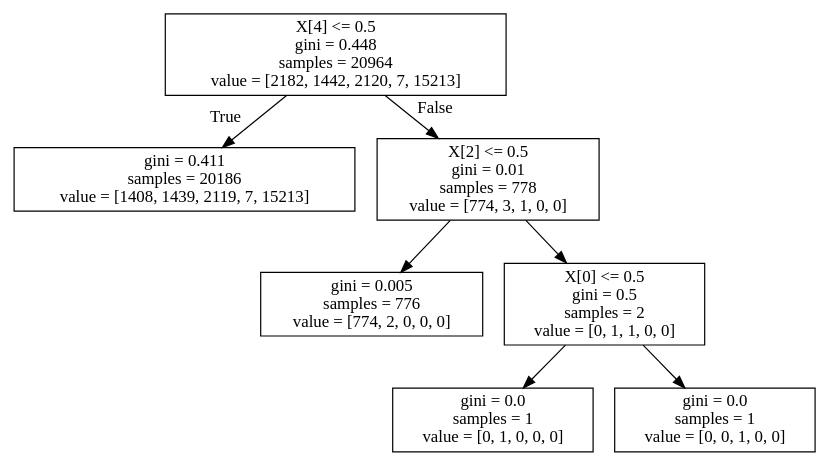
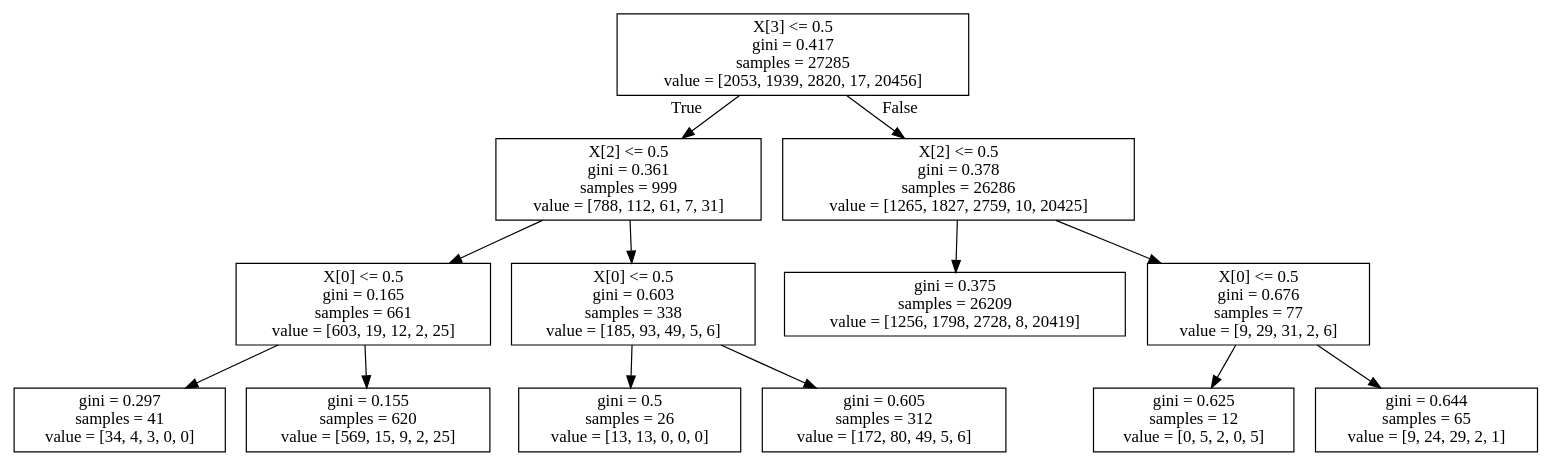
One commit to jesbu1/viper changed the diagram in data/karel/ppo/0000r3+env_task=topOff+max_depth=15+n_batch_rollou=10+max_samples=100000+max_iters=80+train_frac=0.8+is_reweight=False0.750.75/dt_policy.dot. Above: the diagram before and after it, drawn with Graphviz. The commit also changed 17 other files, not shown here.

```diff
--- a/data/karel/ppo/0000r3+env_task=topOff+max_depth=15+n_batch_rollou=10+max_samples=100000+max_iters=80+train_frac=0.8+is_reweight=False0.750.75/dt_policy.dot
+++ b/data/karel/ppo/0000r3+env_task=topOff+max_depth=15+n_batch_rollou=10+max_samples=100000+max_iters=80+train_frac=0.8+is_reweight=False0.750.75/dt_policy.dot
@@ -1,16 +1,28 @@
 digraph Tree {
 node [shape=box] ;
-0 [label="X[4] <= 0.5\ngini = 0.448\nsamples = 20964\nvalue = [2182, 1442, 2120, 7, 15213]"] ;
-1 [label="gini = 0.411\nsamples = 20186\nvalue = [1408, 1439, 2119, 7, 15213]"] ;
+0 [label="X[3] <= 0.5\ngini = 0.417\nsamples = 27285\nvalue = [2053, 1939, 2820, 17, 20456]"] ;
+1 [label="X[2] <= 0.5\ngini = 0.361\nsamples = 999\nvalue = [788, 112, 61, 7, 31]"] ;
 0 -> 1 [labeldistance=2.5, labelangle=45, headlabel="True"] ;
-2 [label="X[2] <= 0.5\ngini = 0.01\nsamples = 778\nvalue = [774, 3, 1, 0, 0]"] ;
-0 -> 2 [labeldistance=2.5, labelangle=-45, headlabel="False"] ;
-3 [label="gini = 0.005\nsamples = 776\nvalue = [774, 2, 0, 0, 0]"] ;
+2 [label="X[0] <= 0.5\ngini = 0.165\nsamples = 661\nvalue = [603, 19, 12, 2, 25]"] ;
+1 -> 2 ;
+3 [label="gini = 0.297\nsamples = 41\nvalue = [34, 4, 3, 0, 0]"] ;
 2 -> 3 ;
-4 [label="X[0] <= 0.5\ngini = 0.5\nsamples = 2\nvalue = [0, 1, 1, 0, 0]"] ;
+4 [label="gini = 0.155\nsamples = 620\nvalue = [569, 15, 9, 2, 25]"] ;
 2 -> 4 ;
-5 [label="gini = 0.0\nsamples = 1\nvalue = [0, 1, 0, 0, 0]"] ;
-4 -> 5 ;
-6 [label="gini = 0.0\nsamples = 1\nvalue = [0, 0, 1, 0, 0]"] ;
-4 -> 6 ;
+5 [label="X[0] <= 0.5\ngini = 0.603\nsamples = 338\nvalue = [185, 93, 49, 5, 6]"] ;
+1 -> 5 ;
+6 [label="gini = 0.5\nsamples = 26\nvalue = [13, 13, 0, 0, 0]"] ;
+5 -> 6 ;
+7 [label="gini = 0.605\nsamples = 312\nvalue = [172, 80, 49, 5, 6]"] ;
+5 -> 7 ;
+8 [label="X[2] <= 0.5\ngini = 0.378\nsamples = 26286\nvalue = [1265, 1827, 2759, 10, 20425]"] ;
+0 -> 8 [labeldistance=2.5, labelangle=-45, headlabel="False"] ;
+9 [label="gini = 0.375\nsamples = 26209\nvalue = [1256, 1798, 2728, 8, 20419]"] ;
+8 -> 9 ;
+10 [label="X[0] <= 0.5\ngini = 0.676\nsamples = 77\nvalue = [9, 29, 31, 2, 6]"] ;
+8 -> 10 ;
+11 [label="gini = 0.625\nsamples = 12\nvalue = [0, 5, 2, 0, 5]"] ;
+10 -> 11 ;
+12 [label="gini = 0.644\nsamples = 65\nvalue = [9, 24, 29, 2, 1]"] ;
+10 -> 12 ;
 }
```
